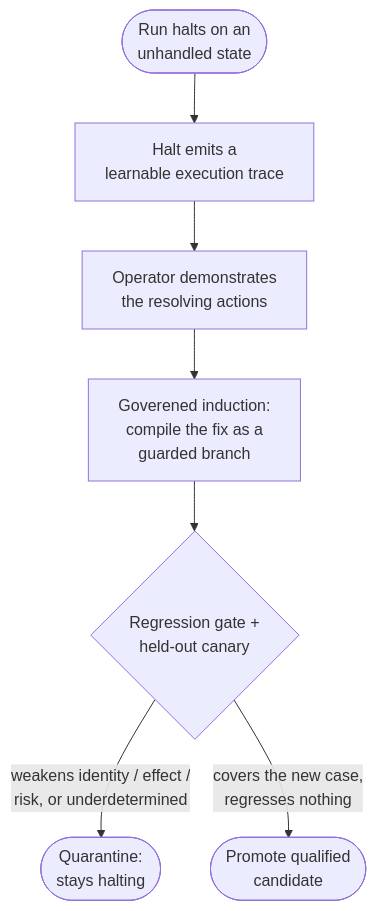
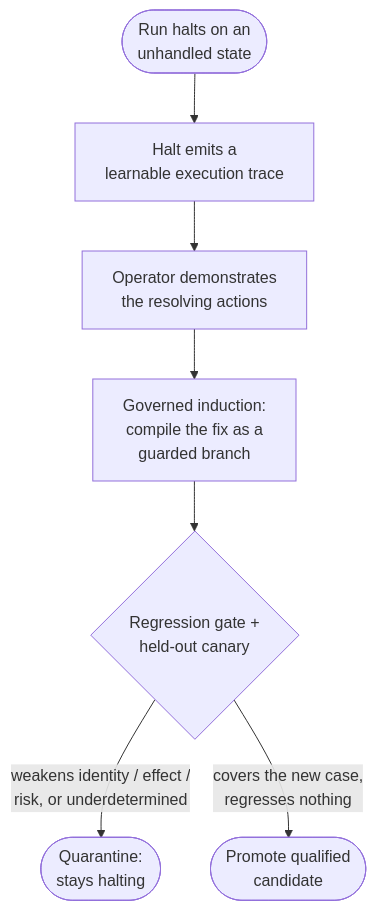
One commit to OpenAdaptAI/openadapt-ops changed the diagram in docs/concepts/halt-learn-loop.md. Above: the diagram before and after it, drawn with Mermaid. The commit also changed 1 other file, not shown here.

Commit message:
docs: show the full pipeline and the halt-learn loop on the landing page (#247)

````diff
--- a/docs/concepts/halt-learn-loop.md
+++ b/docs/concepts/halt-learn-loop.md
@@ -309,9 +309,9 @@
 ```mermaid
 flowchart TD
     H([Run halts on an<br/>unhandled state]) --> T[Halt emits a<br/>learnable execution trace]
     T --> D[Operator demonstrates<br/>the resolving actions]
-    D --> I[Goverened induction:<br/>compile the fix as a<br/>guarded branch]
+    D --> I[Governed induction:<br/>compile the fix as a<br/>guarded branch]
     I --> G{Regression gate +<br/>held-out canary}
     G -->|weakens identity / effect /<br/>risk, or underdetermined| Q([Quarantine:<br/>stays halting])
     G -->|covers the new case,<br/>regresses nothing| P([Promote qualified<br/>candidate])
 ```
````
